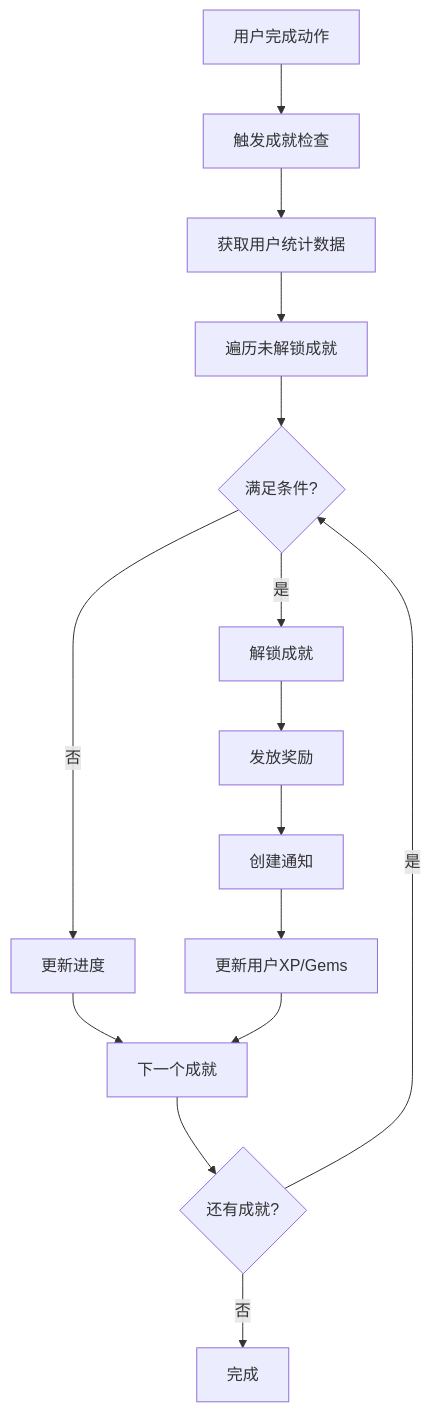
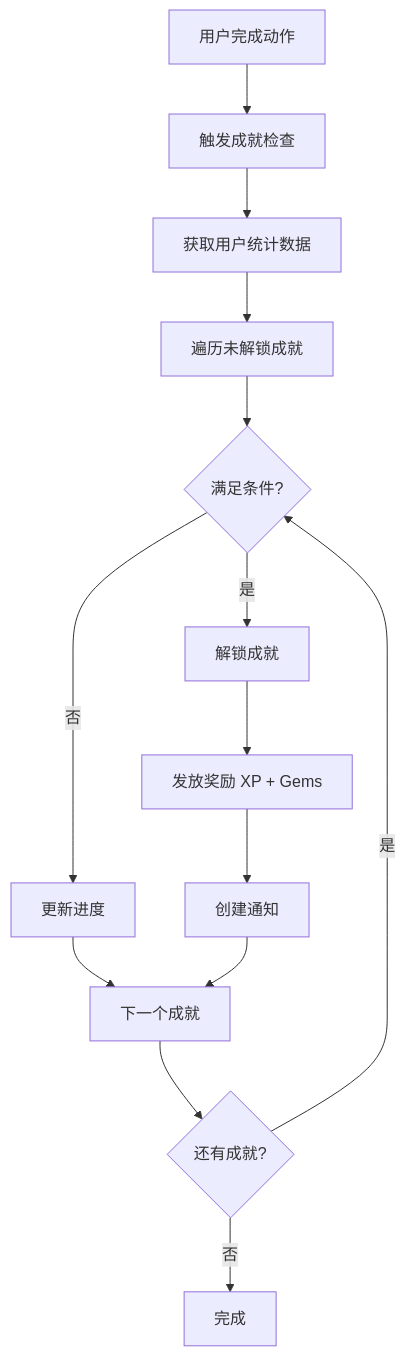
Before and after one commit to momo2029/noiquest: the fourth of 4 diagrams in docs/modules/gamification.md, drawn with Mermaid. The commit also changed other lines of this file and 4 other files, not shown here.

````diff
--- a/docs/modules/gamification.md
+++ b/docs/modules/gamification.md
@@ -313,17 +460,16 @@
 ```mermaid
 flowchart TD
     A[用户完成动作] --> B[触发成就检查]
     B --> C[获取用户统计数据]
     C --> D[遍历未解锁成就]
     D --> E{满足条件?}
     E -->|是| F[解锁成就]
-    F --> G[发放奖励]
+    F --> G[发放奖励 XP + Gems]
     G --> H[创建通知]
-    H --> I[更新用户XP/Gems]
-    E -->|否| J[更新进度]
-    J --> K[下一个成就]
-    I --> K
-    K --> L{还有成就?}
-    L -->|是| E
-    L -->|否| M[完成]
+    E -->|否| I[更新进度]
+    I --> J[下一个成就]
+    H --> J
+    J --> K{还有成就?}
+    K -->|是| E
+    K -->|否| L[完成]
 ```
````
